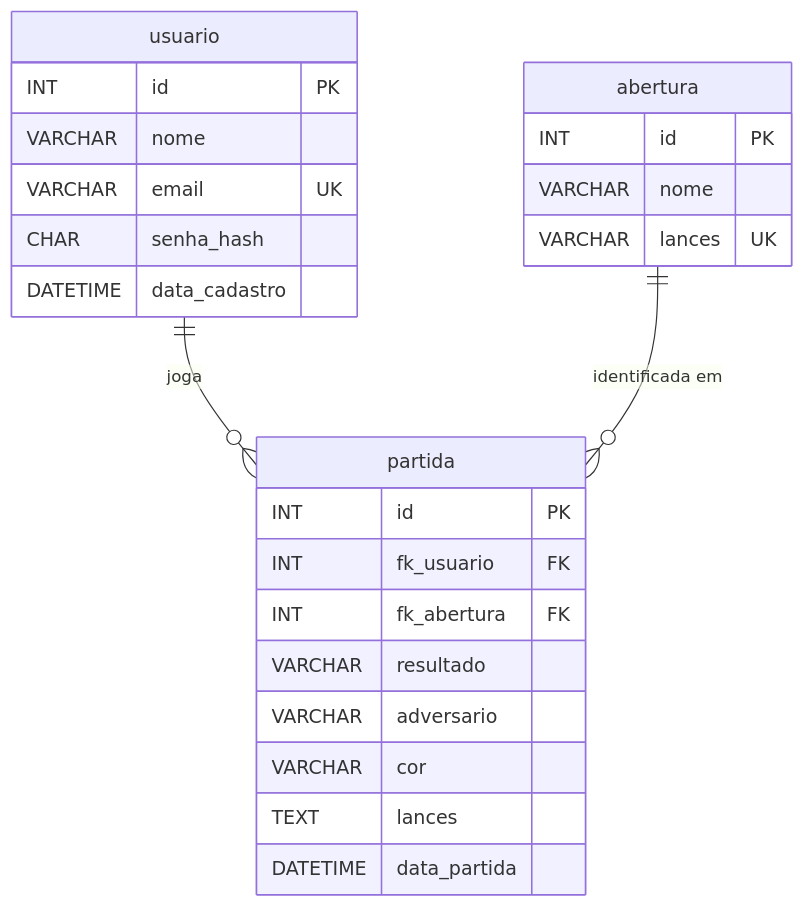
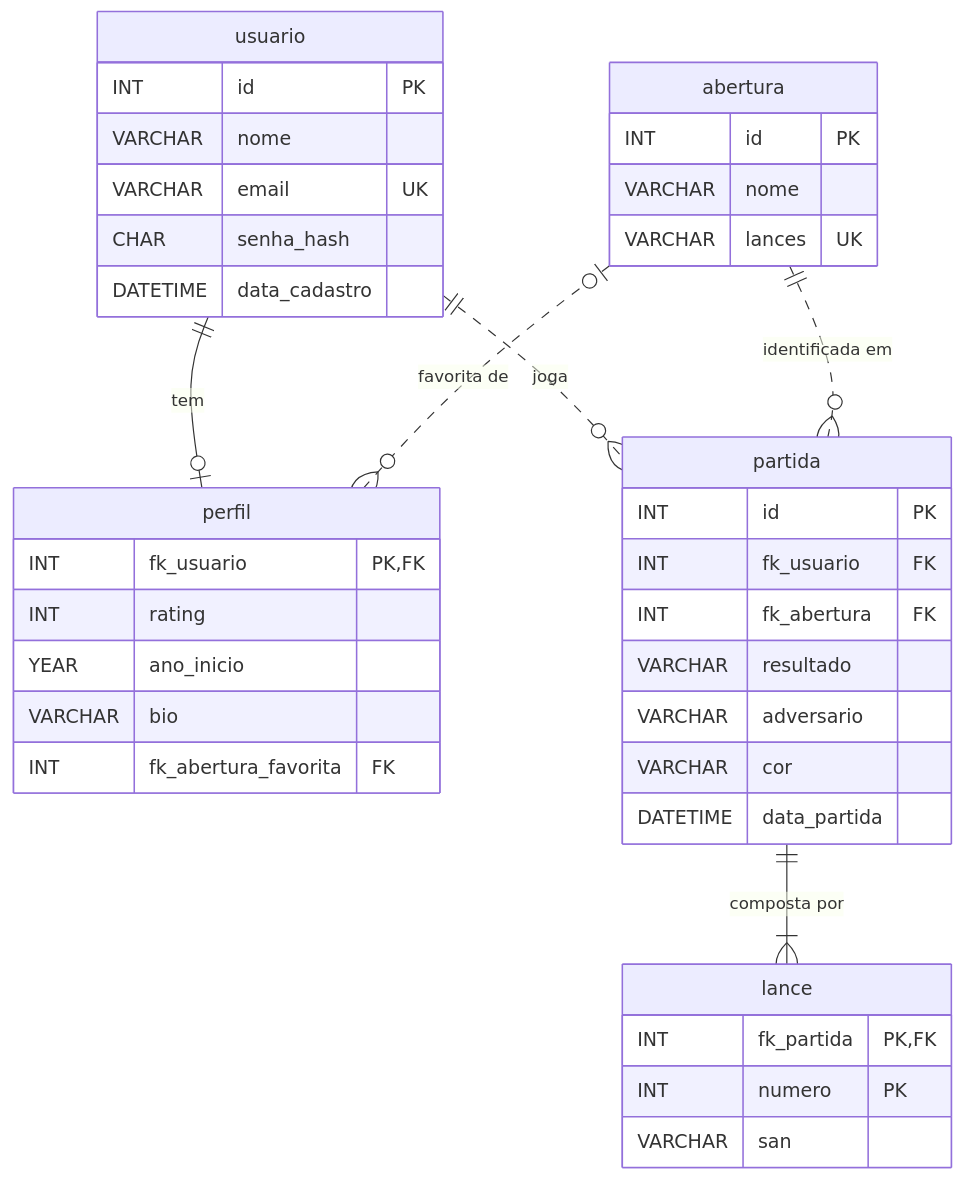
Before and after one commit to igor-fuchs01/chess-life: the diagram in .docs/03-database.md, drawn with Mermaid. The commit also changed other lines of this file and 2 other files, not shown here.

````diff
--- a/.docs/03-database.md
+++ b/.docs/03-database.md
@@ -29,28 +47,42 @@
 ```mermaid
 erDiagram
-    usuario ||--o{ partida : "joga"
-    abertura ||--o{ partida : "identificada em"
+    usuario ||--o| perfil : "tem"
+    abertura |o..o{ perfil : "favorita de"
+    usuario ||..o{ partida : "joga"
+    abertura ||..o{ partida : "identificada em"
+    partida ||--|{ lance : "composta por"
 
     usuario {
         INT id PK
         VARCHAR nome
         VARCHAR email UK
         CHAR senha_hash
         DATETIME data_cadastro
+    }
+    perfil {
+        INT fk_usuario PK, FK
+        INT rating
+        YEAR ano_inicio
+        VARCHAR bio
+        INT fk_abertura_favorita FK
     }
     abertura {
         INT id PK
         VARCHAR nome
         VARCHAR lances UK
     }
     partida {
         INT id PK
         INT fk_usuario FK
         INT fk_abertura FK
         VARCHAR resultado
         VARCHAR adversario
         VARCHAR cor
-        TEXT lances
         DATETIME data_partida
     }
+    lance {
+        INT fk_partida PK, FK
+        INT numero PK
+        VARCHAR san
+    }
 ```
````
